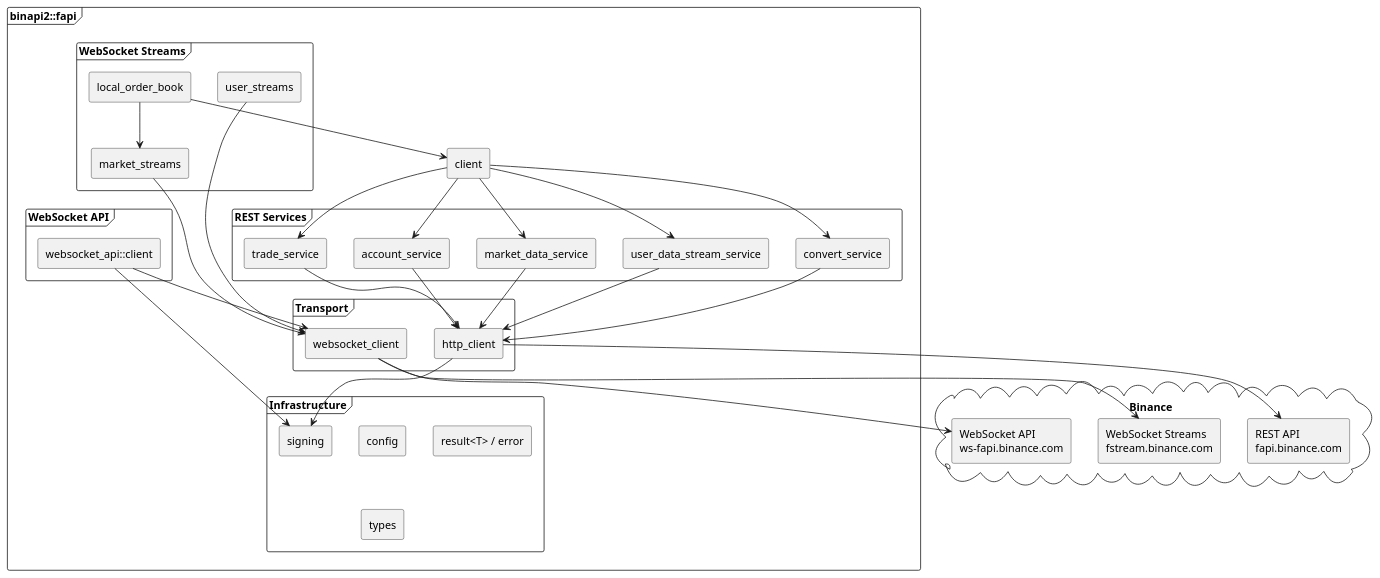
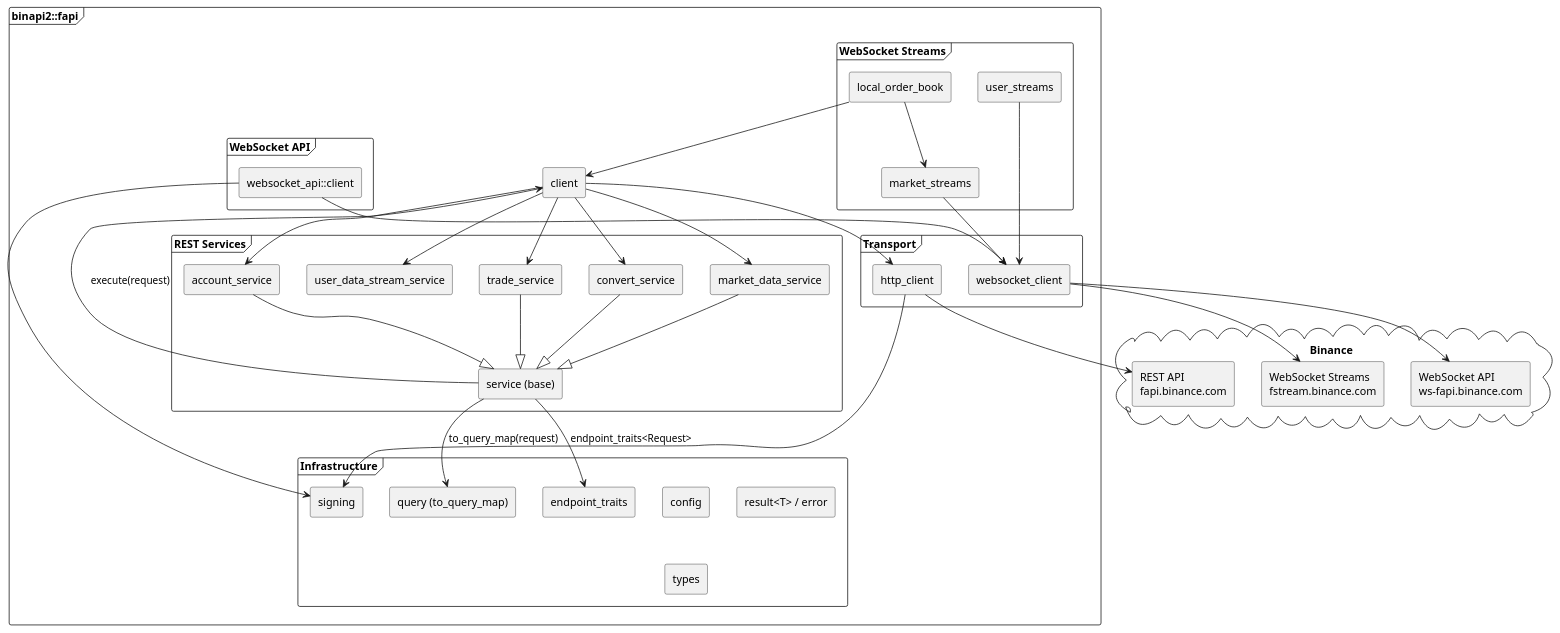
One commit to agutikov/binapi changed the first of 8 diagrams in docs/DESIGN.md. Above: the diagram before and after it, drawn with PlantUML. The commit also changed other lines of this file and 3 other files, not shown here.

````diff
--- a/docs/DESIGN.md
+++ b/docs/DESIGN.md
@@ -9,71 +9,79 @@
 ```plantuml
 @startuml
 skinparam componentStyle rectangle
 skinparam packageStyle frame
 
 package "binapi2::fapi" {
 
   [client] as CLI
 
   package "REST Services" {
+    [service (base)] as SVC
     [market_data_service] as MDS
     [account_service] as ACS
     [trade_service] as TRS
     [convert_service] as CVS
     [user_data_stream_service] as UDS
   }
 
   package "WebSocket Streams" {
     [market_streams] as MS
     [user_streams] as US
     [local_order_book] as LOB
   }
 
   package "WebSocket API" {
     [websocket_api::client] as WSA
   }
 
   package "Transport" {
     [http_client] as HTTP
     [websocket_client] as WS
   }
 
   package "Infrastructure" {
     [config] as CFG
     [signing] as SIGN
+    [query (to_query_map)] as QRY
+    [endpoint_traits] as ET
     [result<T> / error] as RES
     [types] as TYP
   }
 }
 
 cloud "Binance" {
   [REST API\nfapi.binance.com] as BREST
   [WebSocket Streams\nfstream.binance.com] as BSTREAM
   [WebSocket API\nws-fapi.binance.com] as BWSAPI
 }
 
+MDS --|> SVC
+ACS --|> SVC
+TRS --|> SVC
+CVS --|> SVC
+
 CLI --> MDS
 CLI --> ACS
 CLI --> TRS
 CLI --> CVS
 CLI --> UDS
 
-MDS --> HTTP
-ACS --> HTTP
-TRS --> HTTP
-CVS --> HTTP
-UDS --> HTTP
+SVC --> CLI : execute(request)
+SVC --> ET : endpoint_traits<Request>
+SVC --> QRY : to_query_map(request)
+
+CLI --> HTTP
+WSA --> WS
 
 MS --> WS
 US --> WS
-WSA --> WS
 LOB --> MS
 LOB --> CLI
 
 HTTP --> SIGN
 WSA --> SIGN
 HTTP --> BREST
 WS --> BSTREAM
 WS --> BWSAPI
 @enduml
 ```
````
